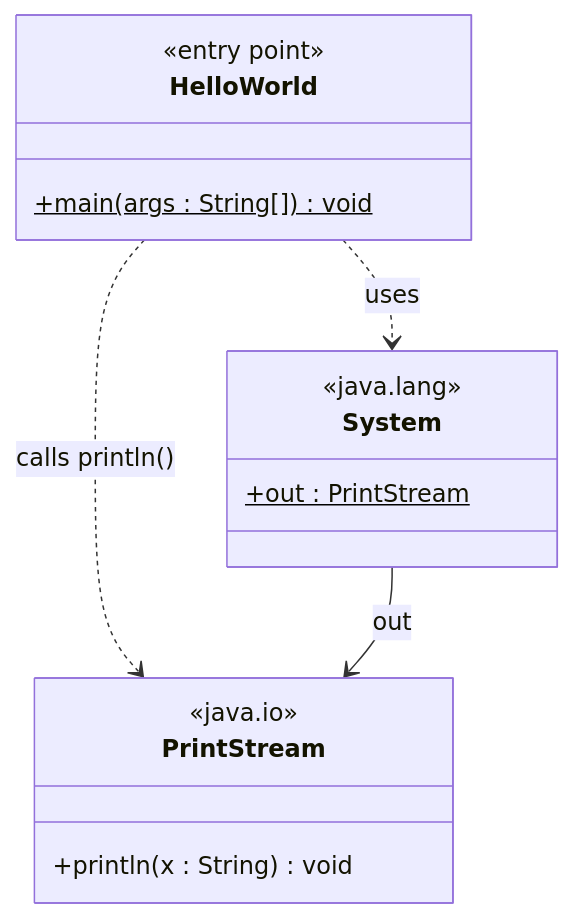
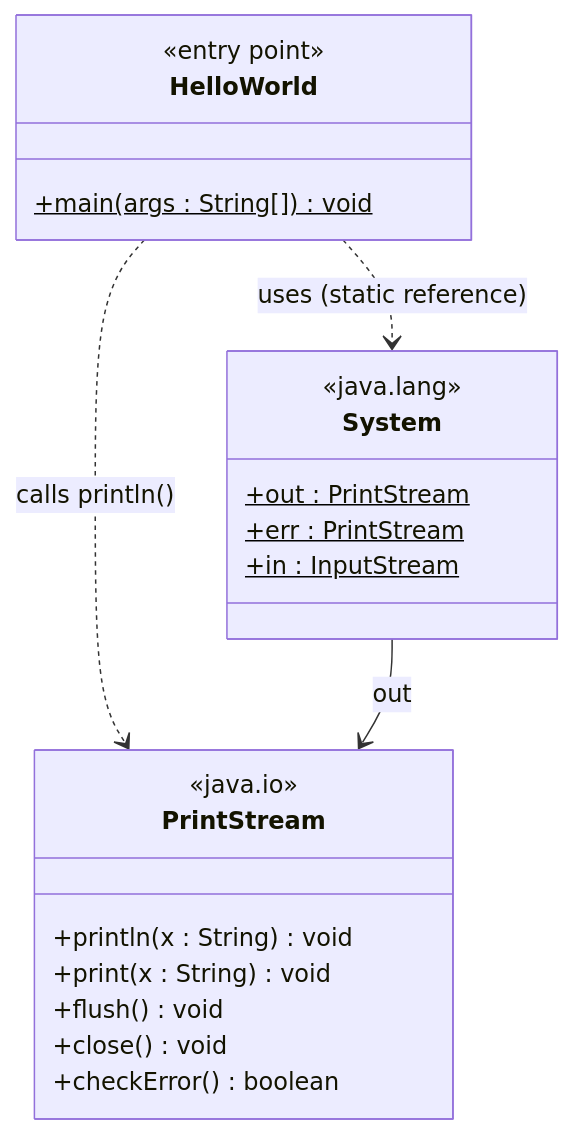
One commit to ktruchcz/copilot-test-ktruchcz changed the fifth of 19 diagrams in arc42-documentation.md. Above: the diagram before and after it, drawn with Mermaid. The commit also changed other lines of this file and 2 other files, not shown here.

````diff
--- a/arc42-documentation.md
+++ b/arc42-documentation.md
@@ -222,23 +259,29 @@
 ```mermaid
 classDiagram
     direction TB
 
     class HelloWorld {
         <<entry point>>
         +main(args : String[]) void$
     }
 
     class System {
         <<java.lang>>
         +out : PrintStream$
+        +err : PrintStream$
+        +in  : InputStream$
     }
 
     class PrintStream {
         <<java.io>>
         +println(x : String) void
+        +print(x : String) void
+        +flush() void
+        +close() void
+        +checkError() boolean
     }
 
-    HelloWorld ..> System : uses
+    HelloWorld ..> System : uses (static reference)
     HelloWorld ..> PrintStream : calls println()
     System --> PrintStream : out
 ```
````
